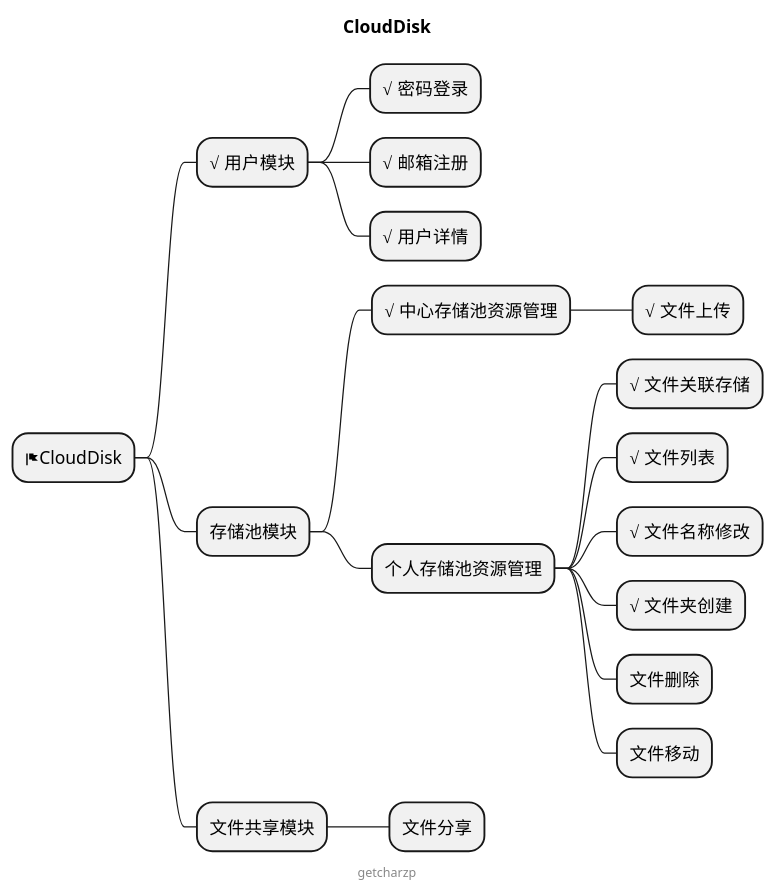
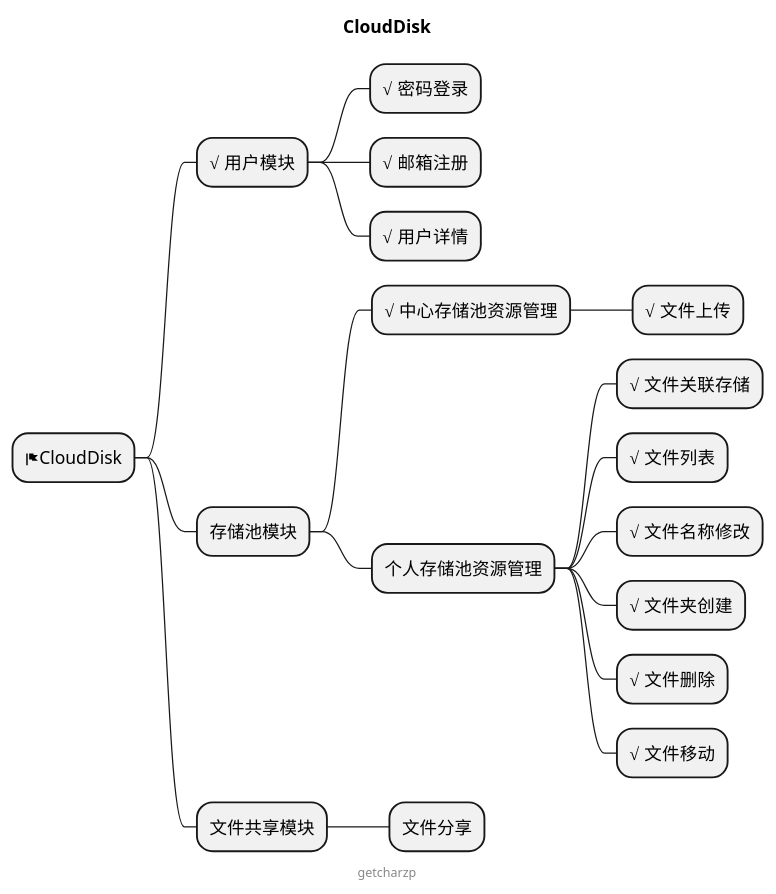
The diagram in MIND.puml (GetcharZp/cloud-disk), drawn with PlantUML before and after one commit. The commit also changed 5 other files, not shown here.

```diff
--- a/MIND.puml
+++ b/MIND.puml
@@ -1,25 +1,25 @@
 @startmindmap
 
 title CloudDisk
 
 * <&flag>CloudDisk
 ** √ 用户模块
 *** √ 密码登录
 *** √ 邮箱注册
 *** √ 用户详情
 ** 存储池模块
 *** √ 中心存储池资源管理
 **** √ 文件上传
 *** 个人存储池资源管理
 **** √ 文件关联存储
 **** √ 文件列表
 **** √ 文件名称修改
 **** √ 文件夹创建
-**** 文件删除
-**** 文件移动
+**** √ 文件删除
+**** √ 文件移动
 ** 文件共享模块
 *** 文件分享
 
 center footer getcharzp
 
 @endmindmap
```
